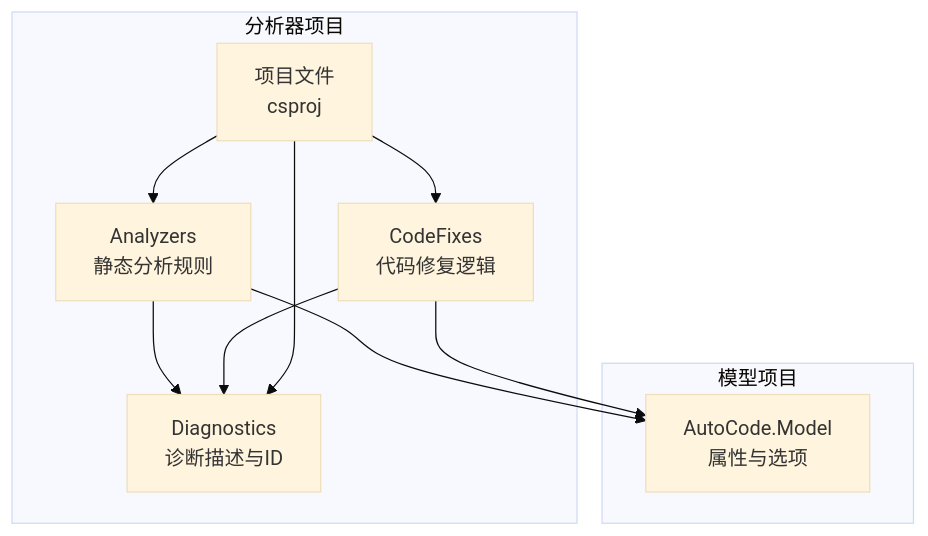
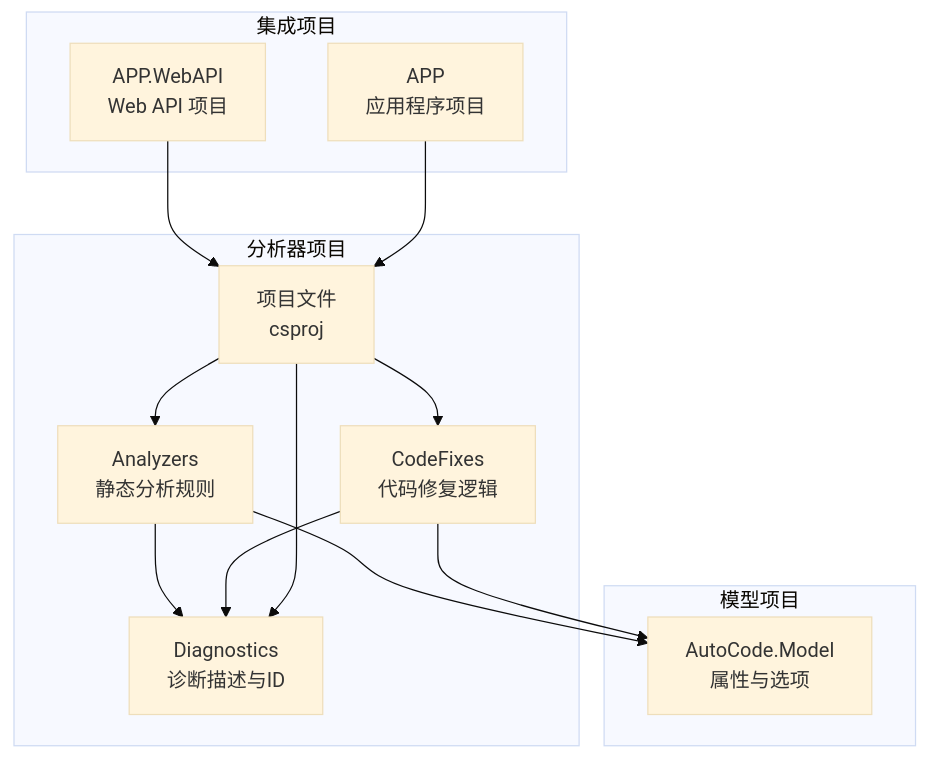
Before and after one commit to alivy/AutoCode: the first of 5 diagrams in .qoder/repowiki/zh/content/调试与诊断/分析器系统.md, drawn with Mermaid (base theme). The commit also changed other lines of this file and 5 other files, not shown here.

````diff
--- a/.qoder/repowiki/zh/content/调试与诊断/分析器系统.md
+++ b/.qoder/repowiki/zh/content/调试与诊断/分析器系统.md
@@ -42,19 +54,25 @@
 ```mermaid
 graph TB
 subgraph "分析器项目"
 A["Analyzers<br/>静态分析规则"]
 B["CodeFixes<br/>代码修复逻辑"]
 C["Diagnostics<br/>诊断描述与ID"]
 P["项目文件<br/>csproj"]
 end
 subgraph "模型项目"
 M["AutoCode.Model<br/>属性与选项"]
 end
+subgraph "集成项目"
+W["APP.WebAPI<br/>Web API 项目"]
+A2["APP<br/>应用程序项目"]
+end
 A --> C
 B --> C
 A --> M
 B --> M
 P --> A
 P --> B
 P --> C
+W --> P
+A2 --> P
 ```
````
